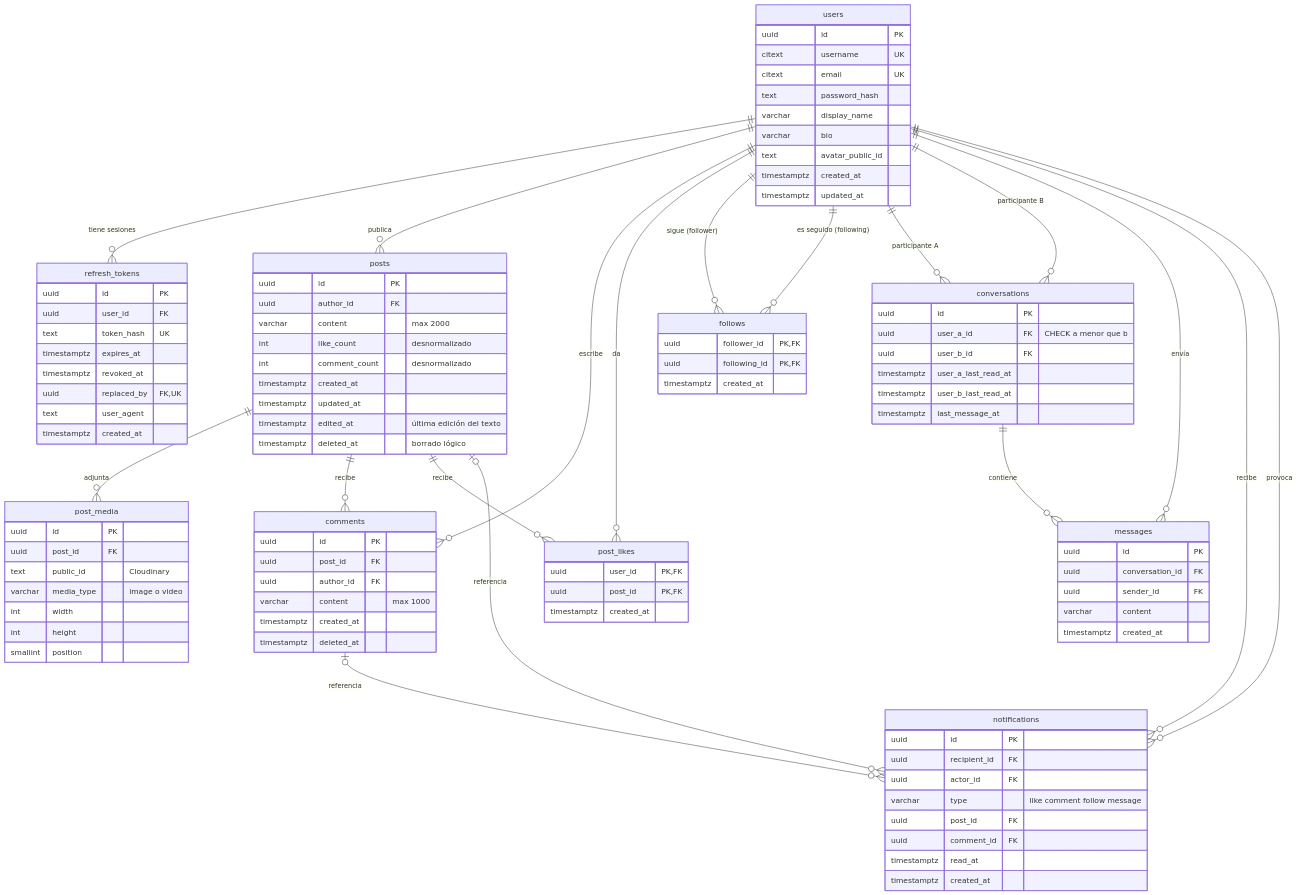
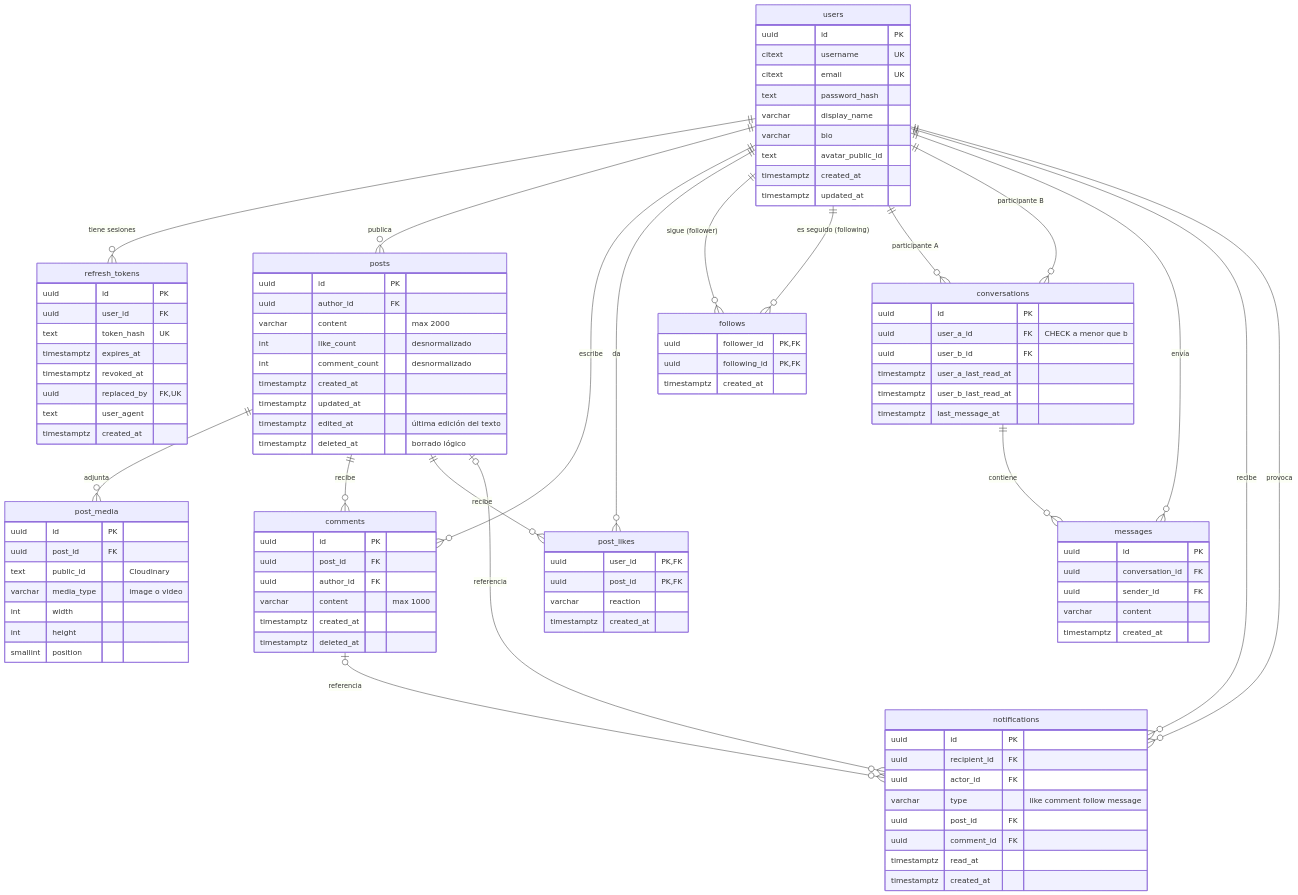
One commit to EmilioAlonzo4587/red-social changed the diagram in docs/04-base-de-datos.md. Above: the diagram before and after it, drawn with Mermaid. The commit also changed other lines of this file and 48 other files, not shown here.

```diff
--- a/docs/04-base-de-datos.md
+++ b/docs/04-base-de-datos.md
@@ -68,6 +68,7 @@
   post_likes {
     uuid user_id PK, FK
     uuid post_id PK, FK
+    varchar reaction
     timestamptz created_at
   }
   follows {
```
